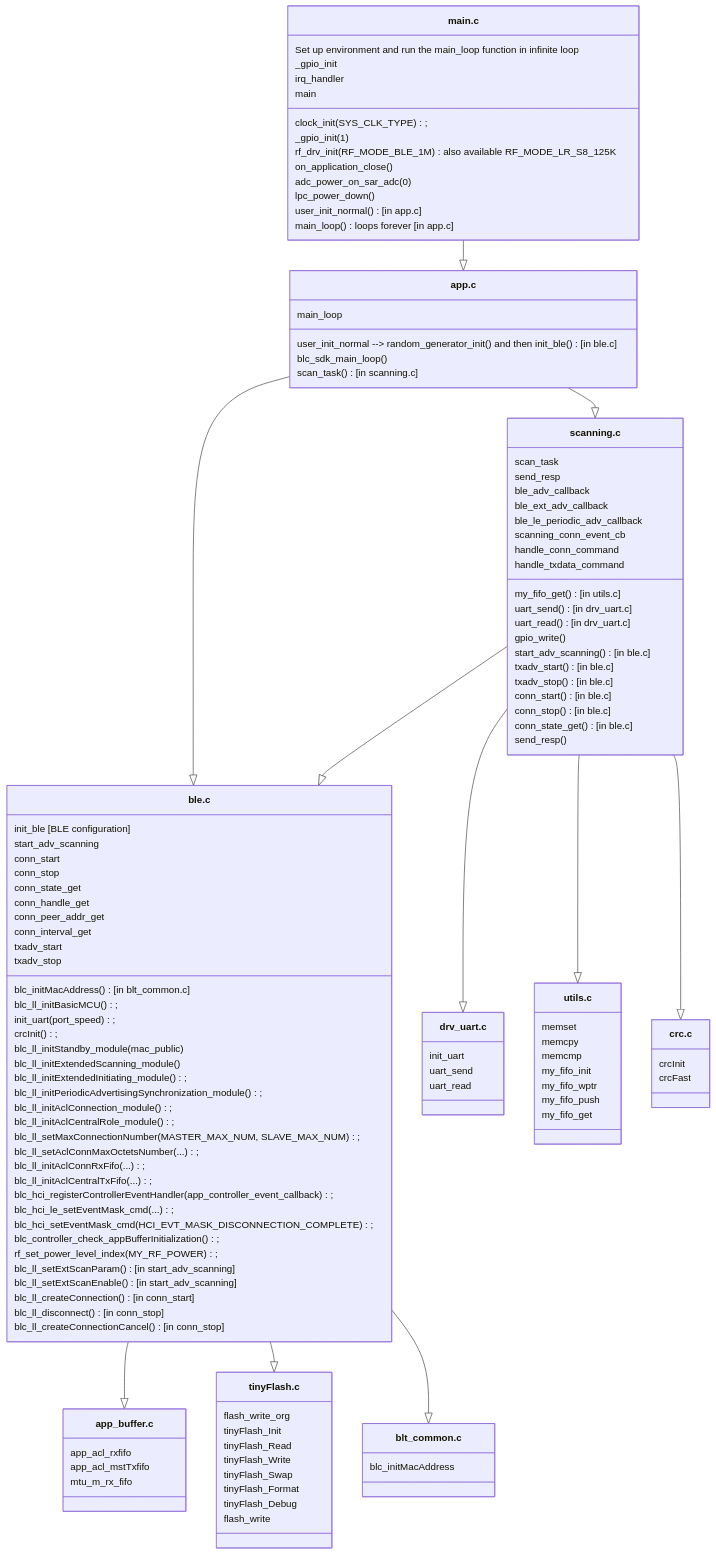
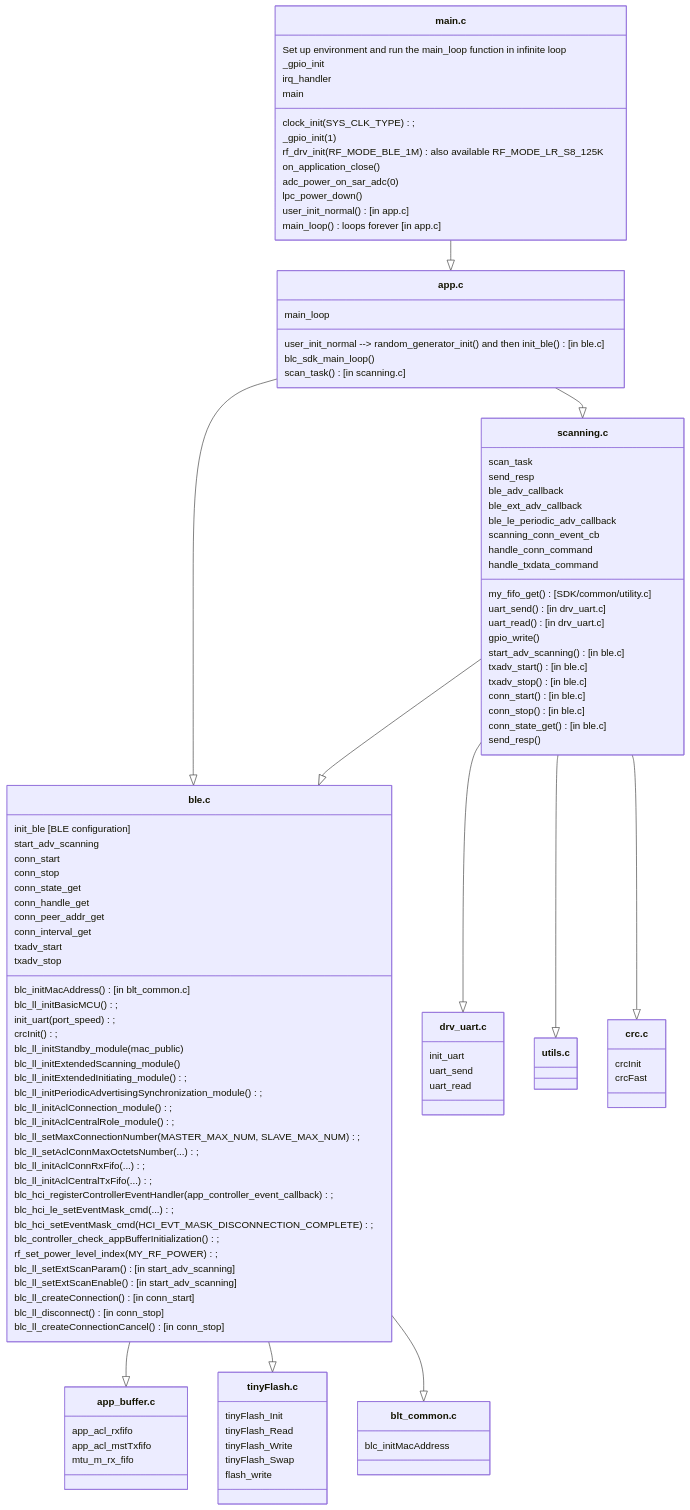
One commit to pvvx/ADV_BLE2UART changed the second of 4 diagrams in source/ble2uart/README.md. Above: the diagram before and after it, drawn with Mermaid. The commit also changed other lines of this file and 4 other files, not shown here.

```diff
--- a/source/ble2uart/README.md
+++ b/source/ble2uart/README.md
@@ -867,13 +886,10 @@
 
     class tinyFlash["tinyFlash.c"]{
         %% Functions:
-        flash_write_org
         tinyFlash_Init
         tinyFlash_Read
         tinyFlash_Write
         tinyFlash_Swap
-        tinyFlash_Format
-        tinyFlash_Debug
         flash_write
     }
 
@@ -896,7 +912,7 @@
         %% 0x07 CMD_ID_LED   0x08 CMD_ID_UART  0x09 CMD_ID_RFSDK  0x0A CMD_ID_VERSION
 
         %% Invoked functions:
-        my_fifo_get() [in utils.c]
+        my_fifo_get() [SDK/common/utility.c]
         uart_send() [in drv_uart.c]
         uart_read() [in drv_uart.c]
         gpio_write()
@@ -917,14 +933,9 @@
     }
 
     class utils["utils.c"]{
-        %% Functions:
-        memset
-        memcpy
-        memcmp
-        my_fifo_init
-        my_fifo_wptr
-        my_fifo_push
-        my_fifo_get
+        %% Stub include file; all utility/memory functions are provided by the SDK:
+        %% memset, memcpy, memcmp  →  SDK/common/string.c
+        %% my_fifo_init, my_fifo_wptr, my_fifo_push, my_fifo_get  →  SDK/common/utility.c
     }
 
     class blt_common["blt_common.c"]{
```
